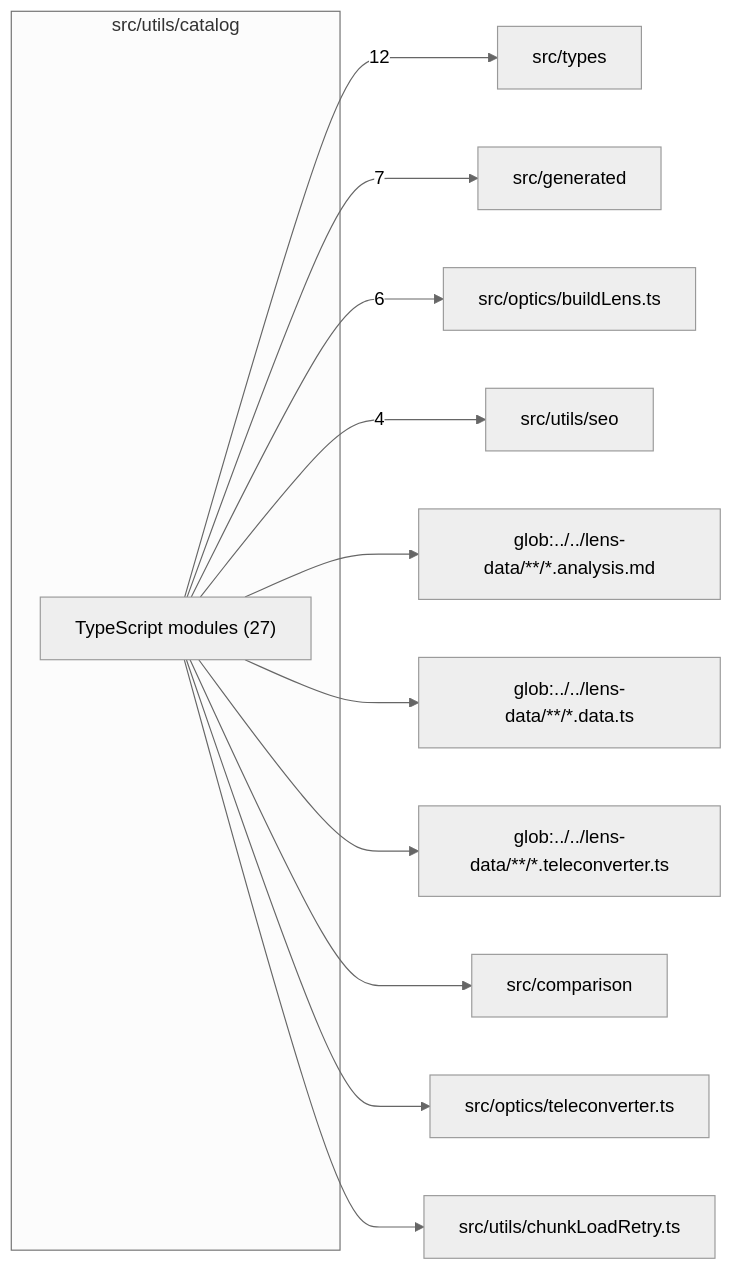
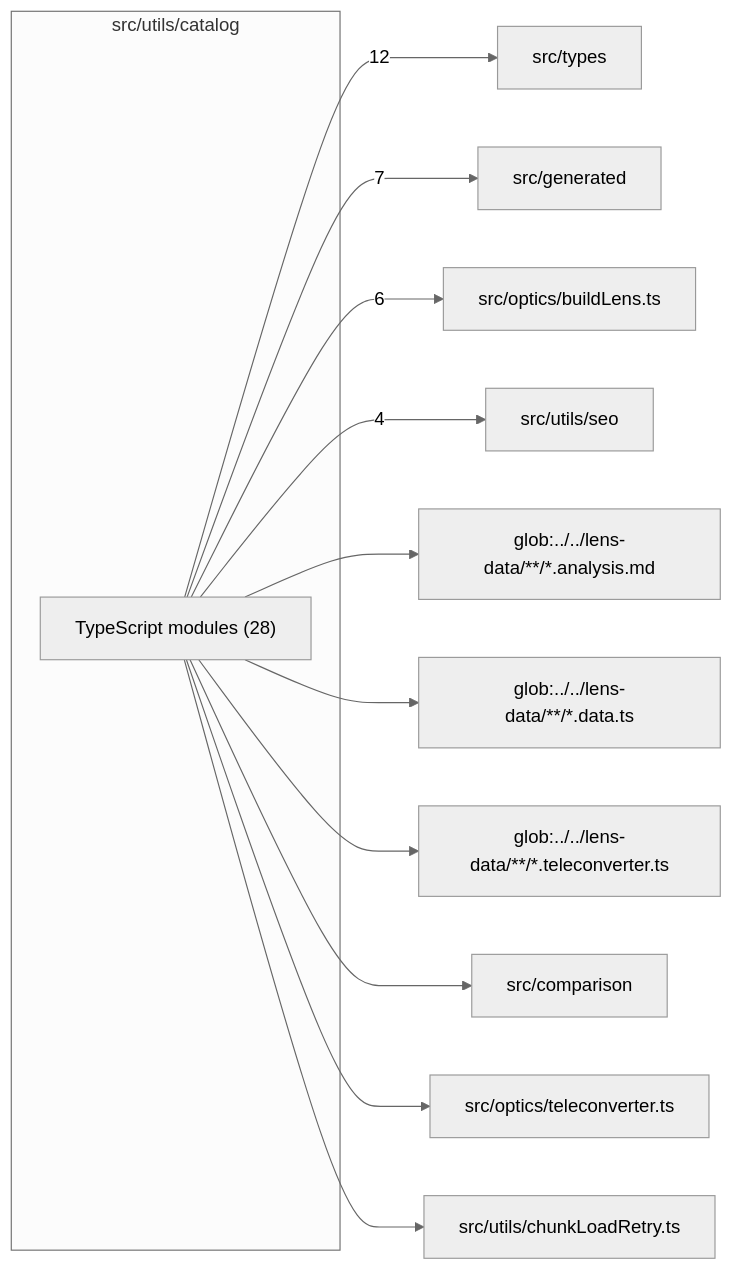
Before and after one commit to ronbuening/LensVisualizer: the diagram in src/utils/catalog/readme.md, drawn with Mermaid (neutral theme). The commit also changed other lines of this file and 23 other files, not shown here.

````diff
--- a/src/utils/catalog/readme.md
+++ b/src/utils/catalog/readme.md
@@ -9,26 +9,26 @@
 ```mermaid
 flowchart LR
   subgraph n_src_utils_catalog["src/utils/catalog"]
-    n_src_utils_catalog_TypeScript_modules["TypeScript modules (27)"]
+    n_src_utils_catalog_TypeScript_modules["TypeScript modules (28)"]
   end
   n_external_src_types["src/types"]
   n_external_src_generated["src/generated"]
   n_external_src_optics_buildLens_ts["src/optics/buildLens.ts"]
   n_external_src_utils_seo["src/utils/seo"]
   n_external_glob_______lens_data______analysis_md["glob:../../lens-data/**/*.analysis.md"]
   n_external_glob_______lens_data______data_ts["glob:../../lens-data/**/*.data.ts"]
   n_external_glob_______lens_data______teleconverter_ts["glob:../../lens-data/**/*.teleconverter.ts"]
   n_external_src_comparison["src/comparison"]
   n_external_src_optics_teleconverter_ts["src/optics/teleconverter.ts"]
   n_external_src_utils_chunkLoadRetry_ts["src/utils/chunkLoadRetry.ts"]
   n_src_utils_catalog_TypeScript_modules --> |12| n_external_src_types
   n_src_utils_catalog_TypeScript_modules --> |7| n_external_src_generated
   n_src_utils_catalog_TypeScript_modules --> |6| n_external_src_optics_buildLens_ts
   n_src_utils_catalog_TypeScript_modules --> |4| n_external_src_utils_seo
   n_src_utils_catalog_TypeScript_modules --> n_external_glob_______lens_data______analysis_md
   n_src_utils_catalog_TypeScript_modules --> n_external_glob_______lens_data______data_ts
   n_src_utils_catalog_TypeScript_modules --> n_external_glob_______lens_data______teleconverter_ts
   n_src_utils_catalog_TypeScript_modules --> n_external_src_comparison
   n_src_utils_catalog_TypeScript_modules --> n_external_src_optics_teleconverter_ts
   n_src_utils_catalog_TypeScript_modules --> n_external_src_utils_chunkLoadRetry_ts
 ```
````
